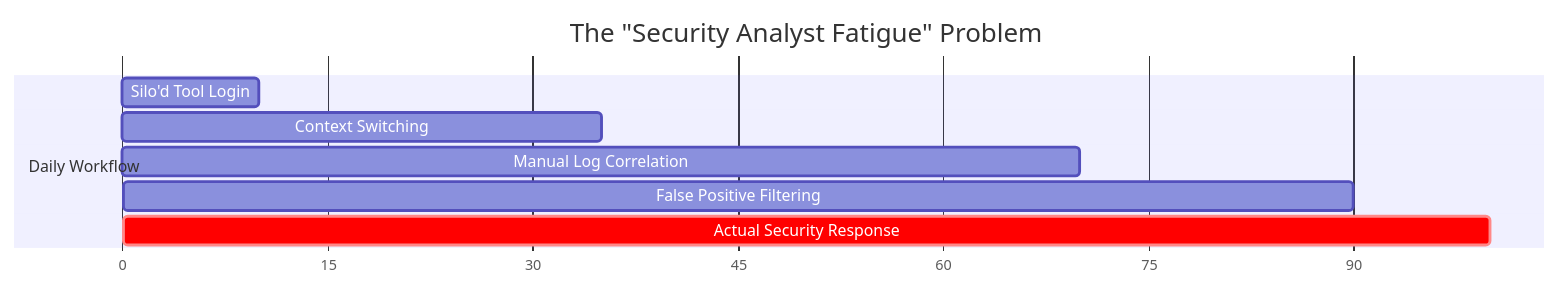
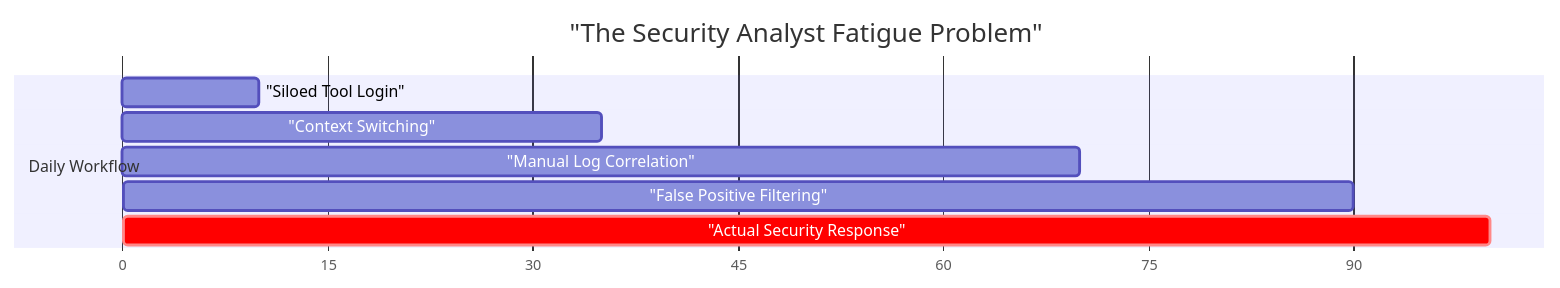
The first of 5 diagrams in FOUND_404_PRESENTATION.md (MazenAlaa305/ORCHESTRATION-SECURITY-CENTER), drawn with Mermaid before and after one commit. The commit also changed other lines of this file, not shown here.

Commit message:
fix: resolve mermaid rendering issues by quoting labels and updating syntax

````diff
--- a/FOUND_404_PRESENTATION.md
+++ b/FOUND_404_PRESENTATION.md
@@ -30,12 +30,12 @@
 ```mermaid
 gantt
-    title The "Security Analyst Fatigue" Problem
+    title "The Security Analyst Fatigue Problem"
     dateFormat  X
     axisFormat %s
     section Daily Workflow
-    Silo'd Tool Login        :a1, 0, 10
-    Context Switching        :a2, 10, 35
-    Manual Log Correlation   :a3, 35, 70
-    False Positive Filtering :a4, 70, 90
-    Actual Security Response :crit, a5, 90, 100
+    "Siloed Tool Login"        :a1, 0, 10
+    "Context Switching"        :a2, 10, 35
+    "Manual Log Correlation"   :a3, 35, 70
+    "False Positive Filtering" :a4, 70, 90
+    "Actual Security Response" :crit, a5, 90, 100
 ```
````
